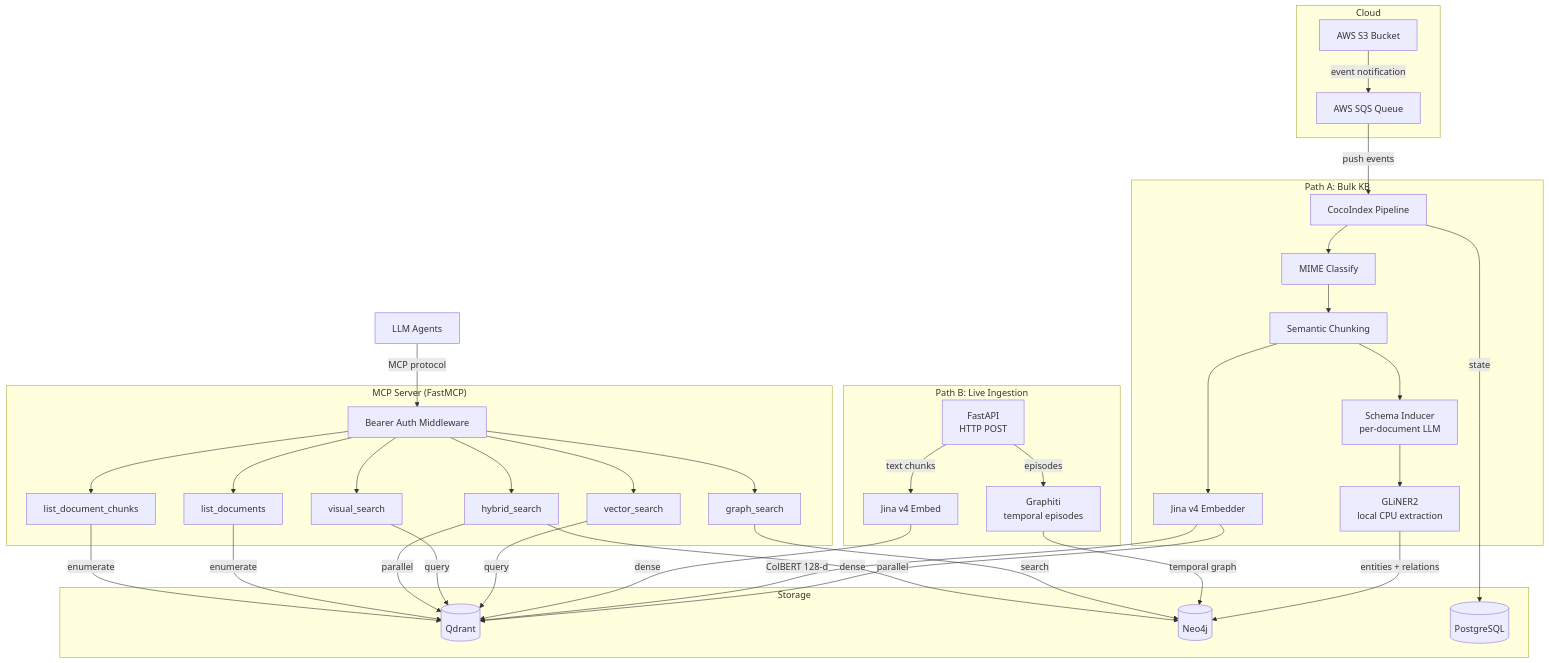
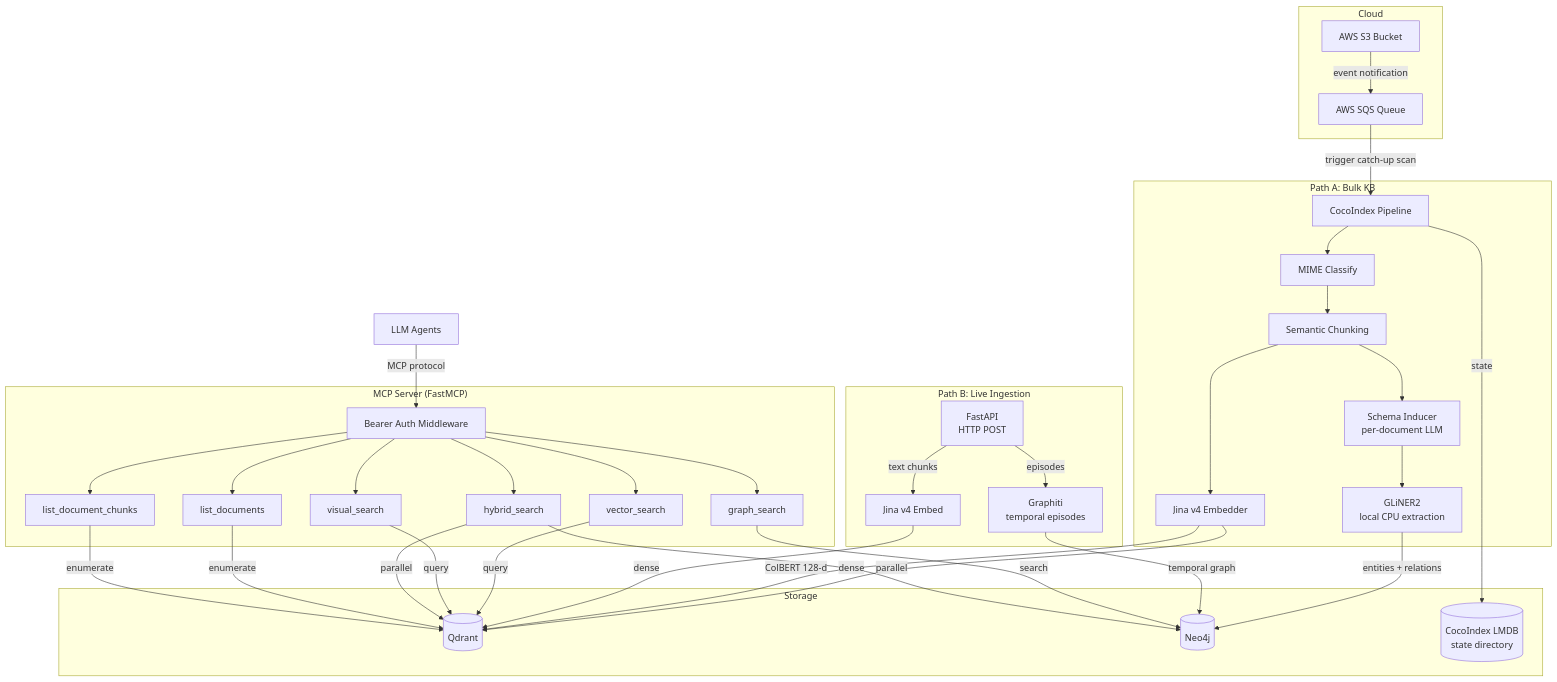
One commit to dollro/spektr changed the diagram in docs/architecture/overview.md. Above: the diagram before and after it, drawn with Mermaid. The commit also changed other lines of this file and 23 other files, not shown here.

````diff
--- a/docs/architecture/overview.md
+++ b/docs/architecture/overview.md
@@ -7,61 +7,61 @@
 ```mermaid
 graph TB
     subgraph Cloud
         S3[AWS S3 Bucket]
         SQS[AWS SQS Queue]
     end
 
     subgraph "Path A: Bulk KB"
         Pipeline[CocoIndex Pipeline]
         Classify[MIME Classify]
         Chunk[Semantic Chunking]
         SchemaInd[Schema Inducer\nper-document LLM]
         Embed[Jina v4 Embedder]
         Extract[GLiNER2\nlocal CPU extraction]
     end
 
     subgraph "Path B: Live Ingestion"
         LiveAPI[FastAPI\nHTTP POST]
         LiveEmbed[Jina v4 Embed]
         Graphiti[Graphiti\ntemporal episodes]
     end
 
     subgraph Storage
         Qdrant[(Qdrant)]
         Neo4j[(Neo4j)]
-        PG[(PostgreSQL)]
+        LMDB[(CocoIndex LMDB\nstate directory)]
     end
 
     subgraph "MCP Server (FastMCP)"
         Auth[Bearer Auth Middleware]
         VS[vector_search]
         VIS[visual_search]
         GS[graph_search]
         HS[hybrid_search]
         LD[list_documents]
         LC[list_document_chunks]
     end
 
     Agent[LLM Agents]
 
     S3 -->|event notification| SQS
-    SQS -->|push events| Pipeline
+    SQS -->|trigger catch-up scan| Pipeline
     Pipeline --> Classify --> Chunk --> Embed
     Chunk --> SchemaInd --> Extract
     Embed -->|dense| Qdrant
     Embed -->|ColBERT 128-d| Qdrant
     Extract -->|entities + relations| Neo4j
-    Pipeline -->|state| PG
+    Pipeline -->|state| LMDB
 
     LiveAPI -->|text chunks| LiveEmbed
     LiveEmbed -->|dense| Qdrant
     LiveAPI -->|episodes| Graphiti
     Graphiti -->|temporal graph| Neo4j
 
     Agent -->|MCP protocol| Auth
     Auth --> VS & VIS & GS & HS & LD & LC
     VS & VIS -->|query| Qdrant
     GS -->|search| Neo4j
     HS -->|parallel| Qdrant & Neo4j
     LD & LC -->|enumerate| Qdrant
 ```
````
